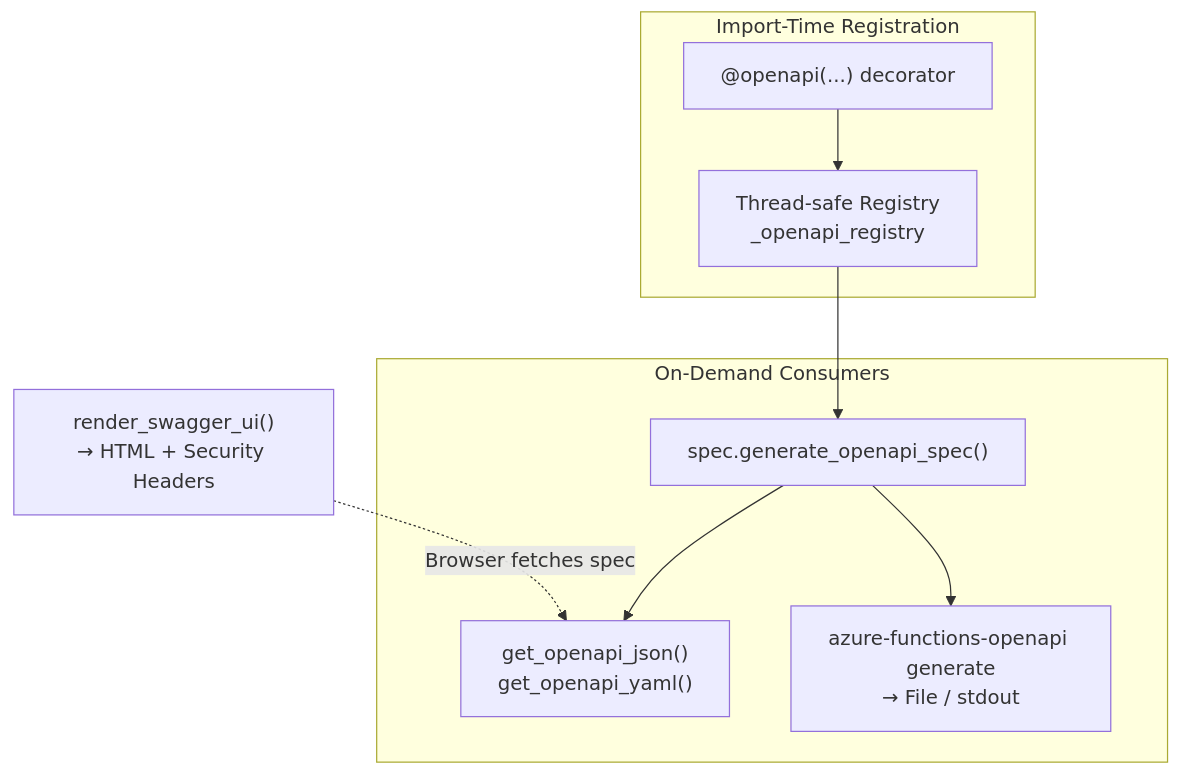
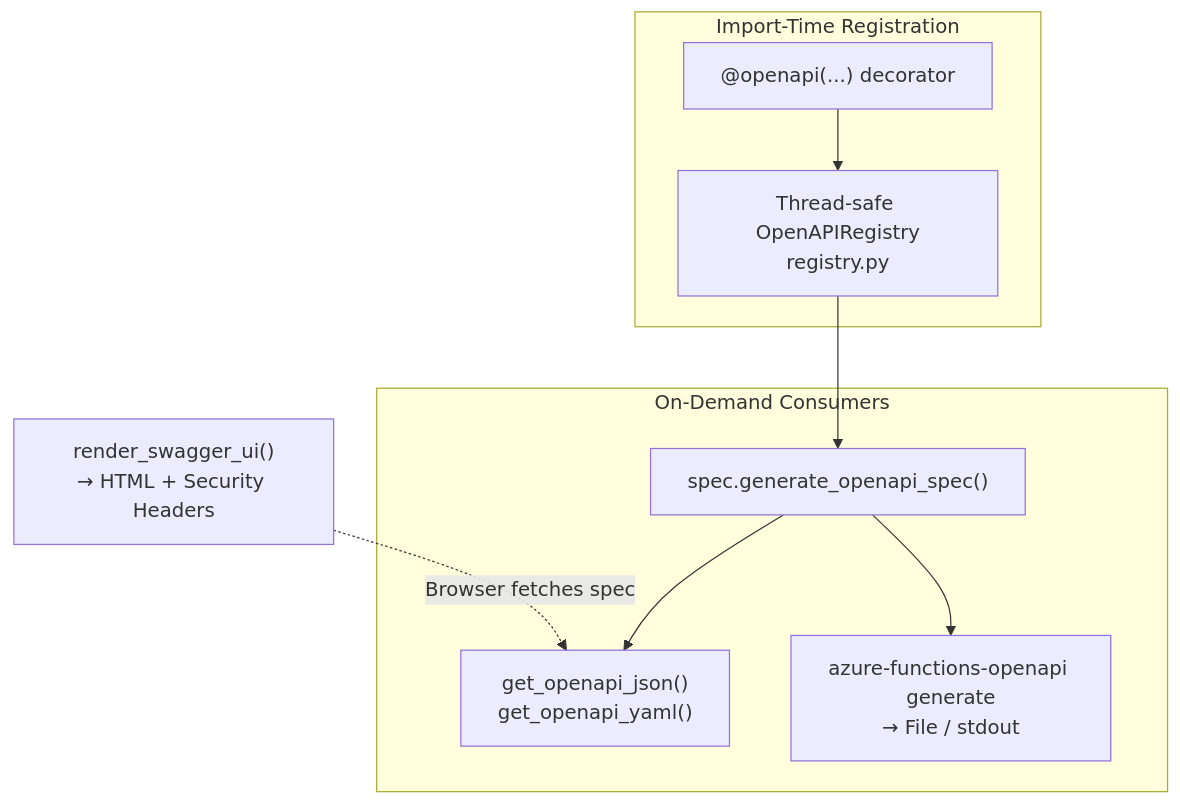
The diagram in DESIGN.md (yeongseon/azure-functions-openapi-python), drawn with Mermaid before and after one commit. The commit also changed 1 other file, not shown here.

Commit message:
docs: name OpenAPIRegistry in architecture diagrams

````diff
--- a/DESIGN.md
+++ b/DESIGN.md
@@ -39,14 +39,14 @@
 ```mermaid
 flowchart TD
     subgraph Registration ["Import-Time Registration"]
-        DEC["@openapi(...) decorator"] --> REG["Thread-safe Registry<br/>_openapi_registry"]
+        DEC["@openapi(...) decorator"] --> REG["Thread-safe OpenAPIRegistry<br/>registry.py"]
     end
 
     subgraph Consumers ["On-Demand Consumers"]
         REG --> GEN["spec.generate_openapi_spec()"]
         GEN --> JSON["get_openapi_json()<br/>get_openapi_yaml()"]
         GEN --> CLI["azure-functions-openapi generate<br/>→ File / stdout"]
     end
 
     UI["render_swagger_ui()<br/>→ HTML + Security Headers"] -.->|Browser fetches spec| JSON
 ```
````
